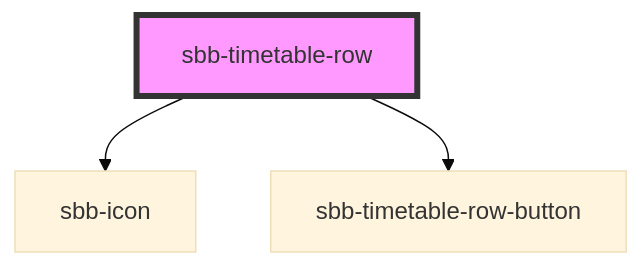
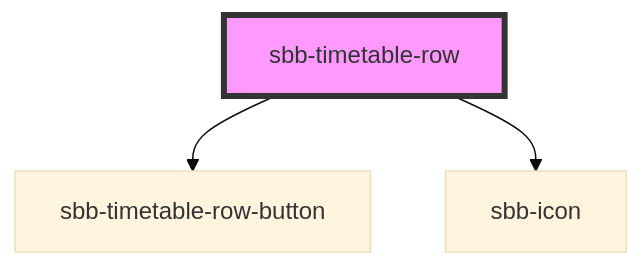
One commit to sbb-design-systems/lyne-components changed the diagram in src/components/sbb-timetable-row/readme.md. Above: the diagram before and after it, drawn with Mermaid (base theme). The commit also changed other lines of this file and 3 other files, not shown here.

````diff
--- a/src/components/sbb-timetable-row/readme.md
+++ b/src/components/sbb-timetable-row/readme.md
@@ -45,6 +45,6 @@
 ```mermaid
 graph TD;
+  sbb-timetable-row --> sbb-timetable-row-button
   sbb-timetable-row --> sbb-icon
-  sbb-timetable-row --> sbb-timetable-row-button
   style sbb-timetable-row fill:#f9f,stroke:#333,stroke-width:4px
 ```
````
